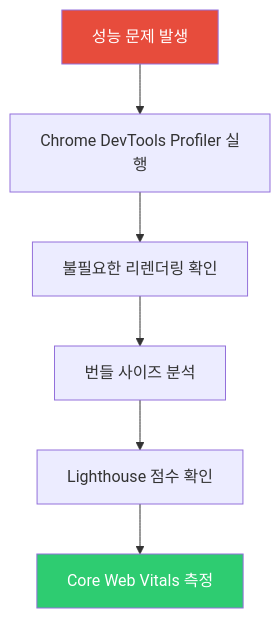
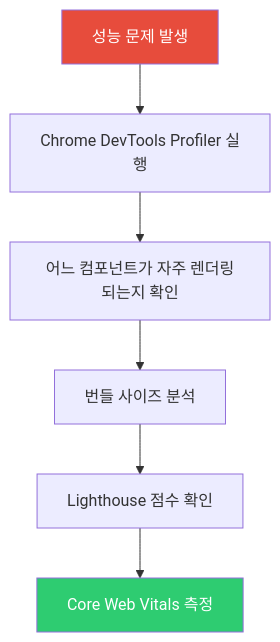
Before and after one commit to yjkim2015/yjkim2015.github.io: the first of 5 diagrams in _posts/frontend/2026-05-02-react-performance.md, drawn with Mermaid. The commit also changed other lines of this file and 122 other files, not shown here.

````diff
--- a/_posts/frontend/2026-05-02-react-performance.md
+++ b/_posts/frontend/2026-05-02-react-performance.md
@@ -27,11 +27,11 @@
 ```mermaid
 flowchart TD
     A["성능 문제 발생"] --> B["Chrome DevTools Profiler 실행"]
-    B --> C["불필요한 리렌더링 확인"]
+    B --> C["어느 컴포넌트가 자주 렌더링되는지 확인"]
     C --> D["번들 사이즈 분석"]
     D --> E["Lighthouse 점수 확인"]
     E --> F["Core Web Vitals 측정"]
 
     style A fill:#e74c3c,color:#fff
     style F fill:#2ecc71,color:#fff
 ```
````
